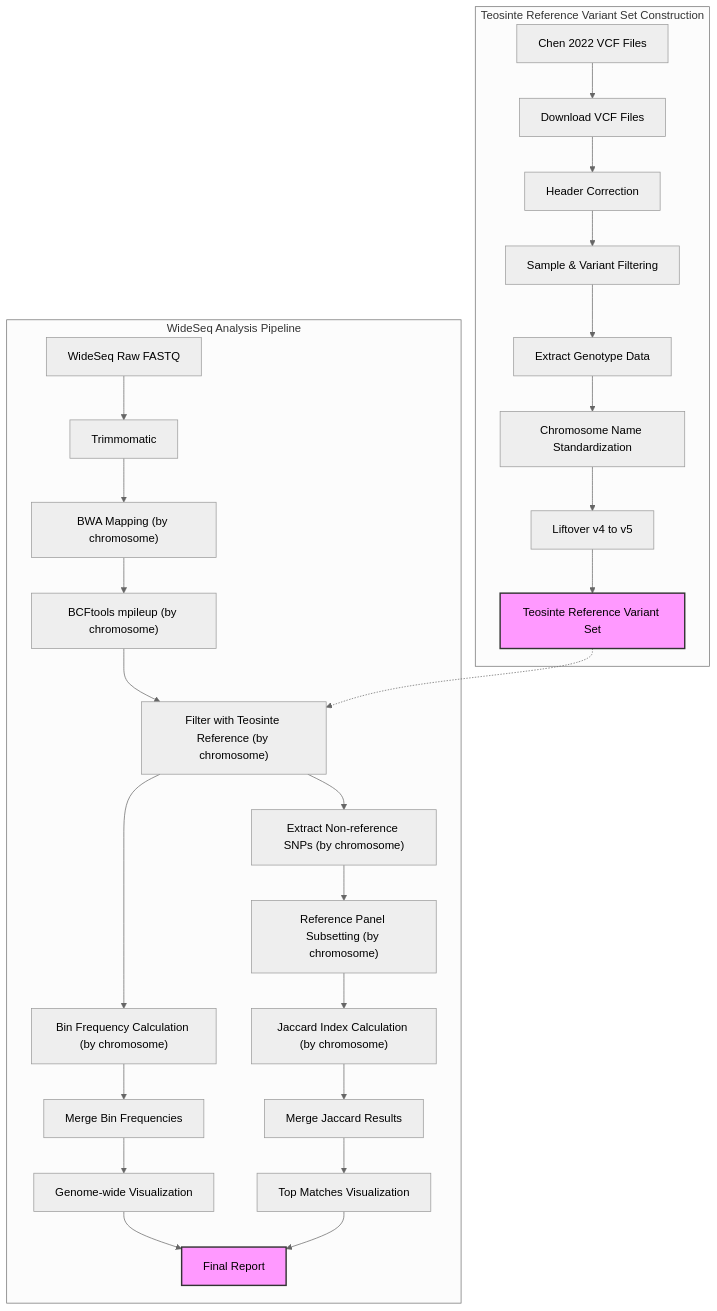
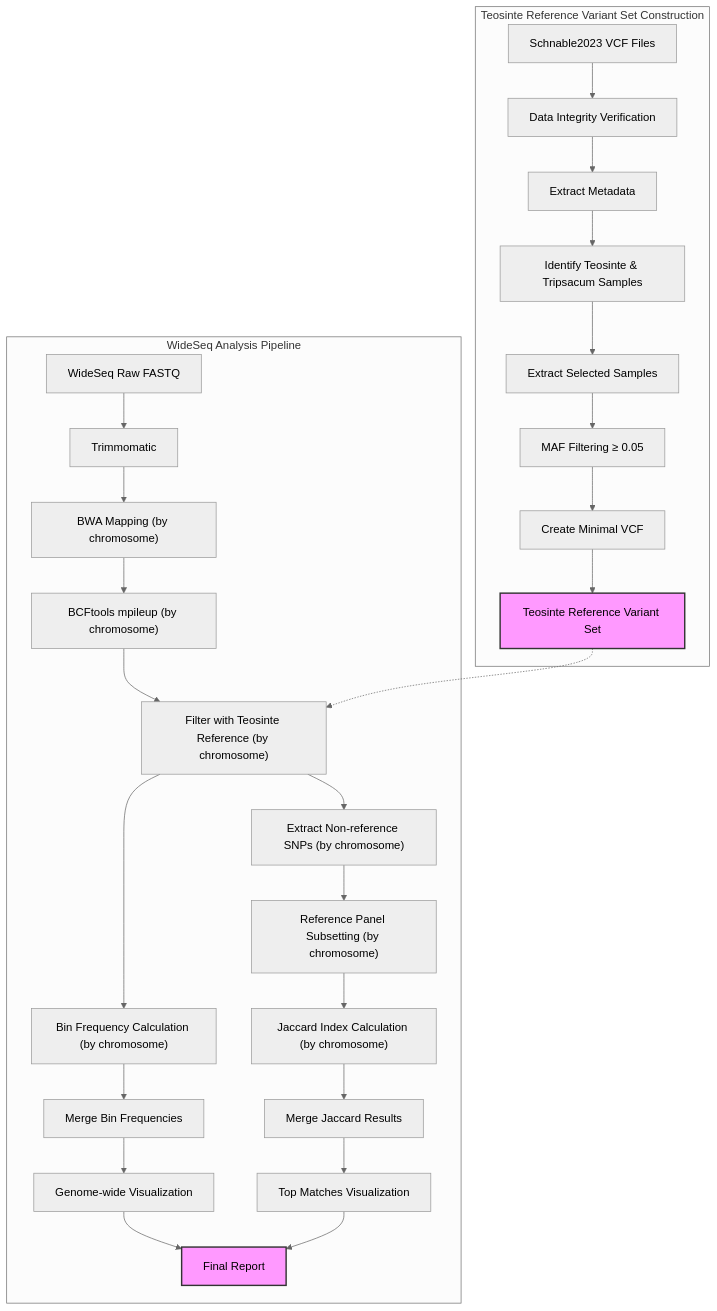
The diagram in README.md (sawers-rellan-labs/BzeaSeq), drawn with Mermaid (neutral theme) before and after one commit. The commit also changed other lines of this file, not shown here.

Commit message:
Changed work on Chen2022 for Schnable2023

````diff
--- a/README.md
+++ b/README.md
@@ -43,39 +44,39 @@
 ```mermaid
 graph TD
     subgraph "Teosinte Reference Variant Set Construction"
-        A1[Chen 2022 VCF Files] --> A2[Download VCF Files]
-        A2 --> A3[Header Correction]
-        A3 --> A4[Sample & Variant Filtering]
-        A4 --> A5[Extract Genotype Data]
-        A5 --> A6[Chromosome Name Standardization]
-        A6 --> A7[Liftover v4 to v5]
+        A1[Schnable2023 VCF Files] --> A2[Data Integrity Verification]
+        A2 --> A3[Extract Metadata]
+        A3 --> A4[Identify Teosinte & Tripsacum Samples]
+        A4 --> A5[Extract Selected Samples]
+        A5 --> A6[MAF Filtering ≥ 0.05]
+        A6 --> A7[Create Minimal VCF]
         A7 --> A8[Teosinte Reference Variant Set]
     end
 
     subgraph "WideSeq Analysis Pipeline"
         B1[WideSeq Raw FASTQ] --> B2[Trimmomatic]
         B2 --> B3["BWA Mapping (by chromosome)"]
         B3 --> B4["BCFtools mpileup (by chromosome)"]
         B4 --> B5["Filter with Teosinte Reference (by chromosome)"]
         
         A8 -.-> B5
         
         B5 --> B6["Bin Frequency Calculation (by chromosome)"]
         B5 --> B7["Extract Non-reference SNPs (by chromosome)"]
         B7 --> B8["Reference Panel Subsetting (by chromosome)"]
         B8 --> B9["Jaccard Index Calculation (by chromosome)"]
         
         B6 --> B10[Merge Bin Frequencies]
         B9 --> B11[Merge Jaccard Results]
         
         B10 --> B12[Genome-wide Visualization]
         B11 --> B13[Top Matches Visualization]
         
         B12 --> B14[Final Report]
         B13 --> B14
     end
   
     
     style A8 fill:#f9f,stroke:#333,stroke-width:2px
     style B14 fill:#f9f,stroke:#333,stroke-width:2px
 ```
````
